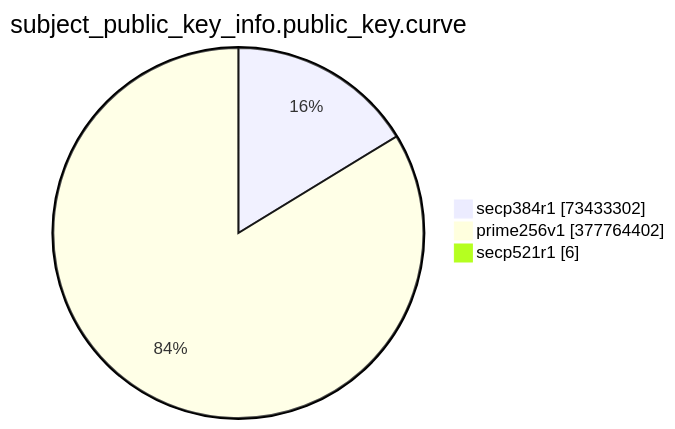
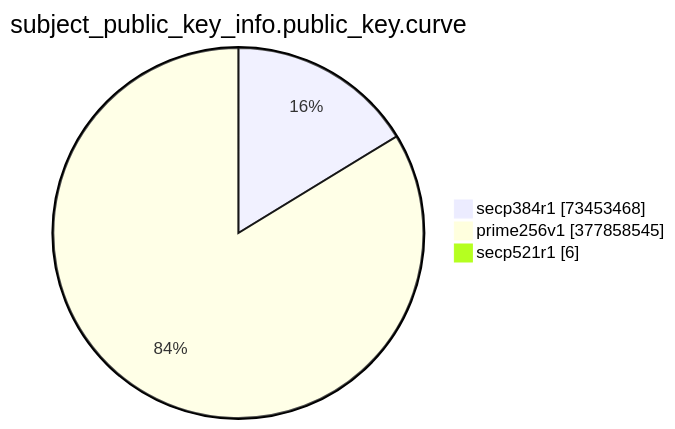
The eighth of 15 diagrams in TOTAL/README.md (christiankrug/ctmonitor_visualization), drawn with Mermaid before and after one commit. The commit also changed other lines of this file, not shown here.

````diff
--- a/TOTAL/README.md
+++ b/TOTAL/README.md
@@ -3094,7 +3094,7 @@
 ```mermaid
 pie showData
 title subject_public_key_info.public_key.curve
-"secp384r1" :73433302
-"prime256v1" :377764402
+"secp384r1" :73453468
+"prime256v1" :377858545
 "secp521r1" :6
 ```
````
